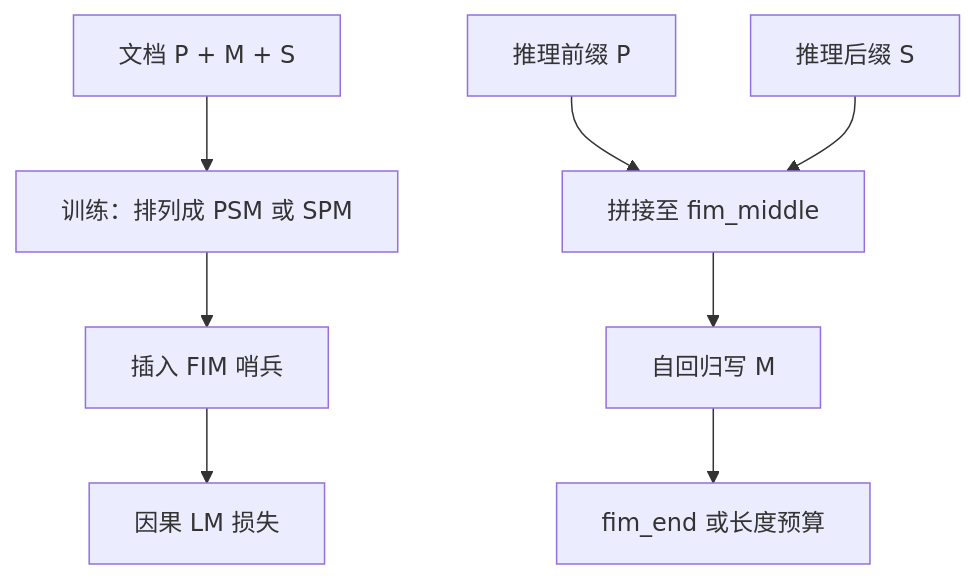
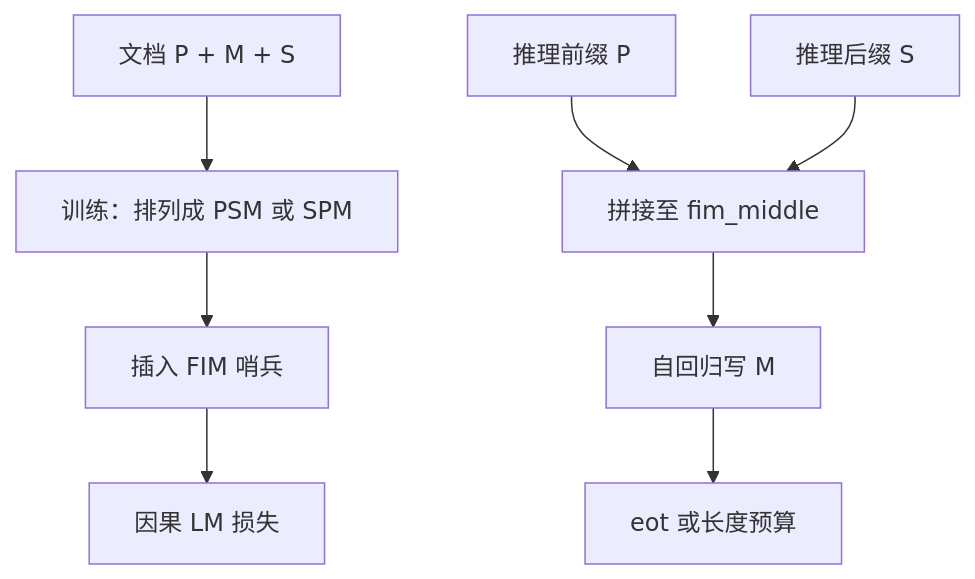
The first of 2 diagrams in docs/llm/fim-decode.md (xhongduo-tech/xhongduo-tech.github.io), drawn with Mermaid before and after one commit. The commit also changed other lines of this file and 4 other files, not shown here.

````diff
--- a/docs/llm/fim-decode.md
+++ b/docs/llm/fim-decode.md
@@ -42,10 +42,10 @@
 ```mermaid
 flowchart TD
   DOC["文档 P + M + S"] --> ARR["训练：排列成 PSM 或 SPM"]
   ARR --> SENT["插入 FIM 哨兵"]
   SENT --> LM["因果 LM 损失"]
   P2["推理前缀 P"] --> INF["拼接至 fim_middle"]
   S2["推理后缀 S"] --> INF
   INF --> DEC["自回归写 M"]
-  DEC --> END["fim_end 或长度预算"]
+  DEC --> END["eot 或长度预算"]
 ```
````
